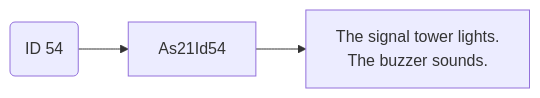
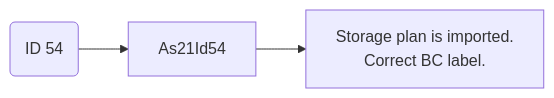
The seventh of 7 diagrams in Basic-Design/DFD-WMS/Storage/Unplanned-Storage/Irregular-Cases.md (luthfiadityaa/SimeDarby-Wiki), drawn with Mermaid before and after one commit. The commit also changed other lines of this file, not shown here.

Commit message:
Updated Irregular Cases

```diff
--- a/Basic-Design/DFD-WMS/Storage/Unplanned-Storage/Irregular-Cases.md
+++ b/Basic-Design/DFD-WMS/Storage/Unplanned-Storage/Irregular-Cases.md
@@ -469,15 +469,24 @@
 ::: mermaid
 flowchart LR
 
 id50msg("
 ID 54
 ")
 
 buttonlight["
 The signal tower lights.
 The buzzer sounds.
 "]
 
+buttonlight["
+Conveyor reverse back
+"]
+
+buttonlight["
+Storage plan is imported.
+Correct BC label.
+"]
+
 id50msg --> As21Id54
 As21Id54 --> buttonlight
 :::
```
